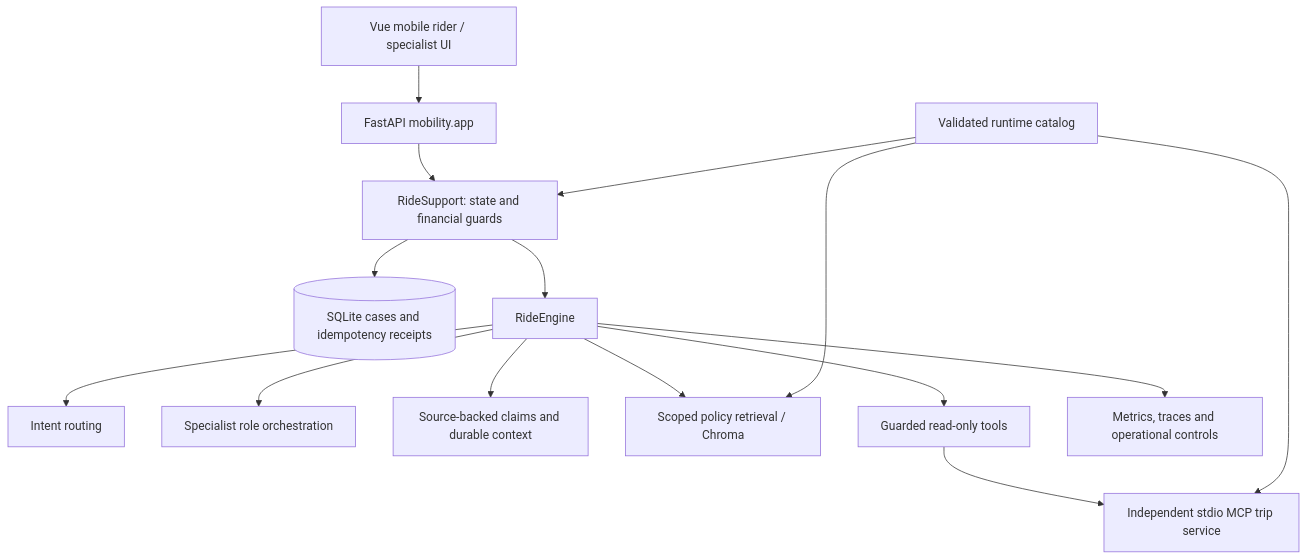
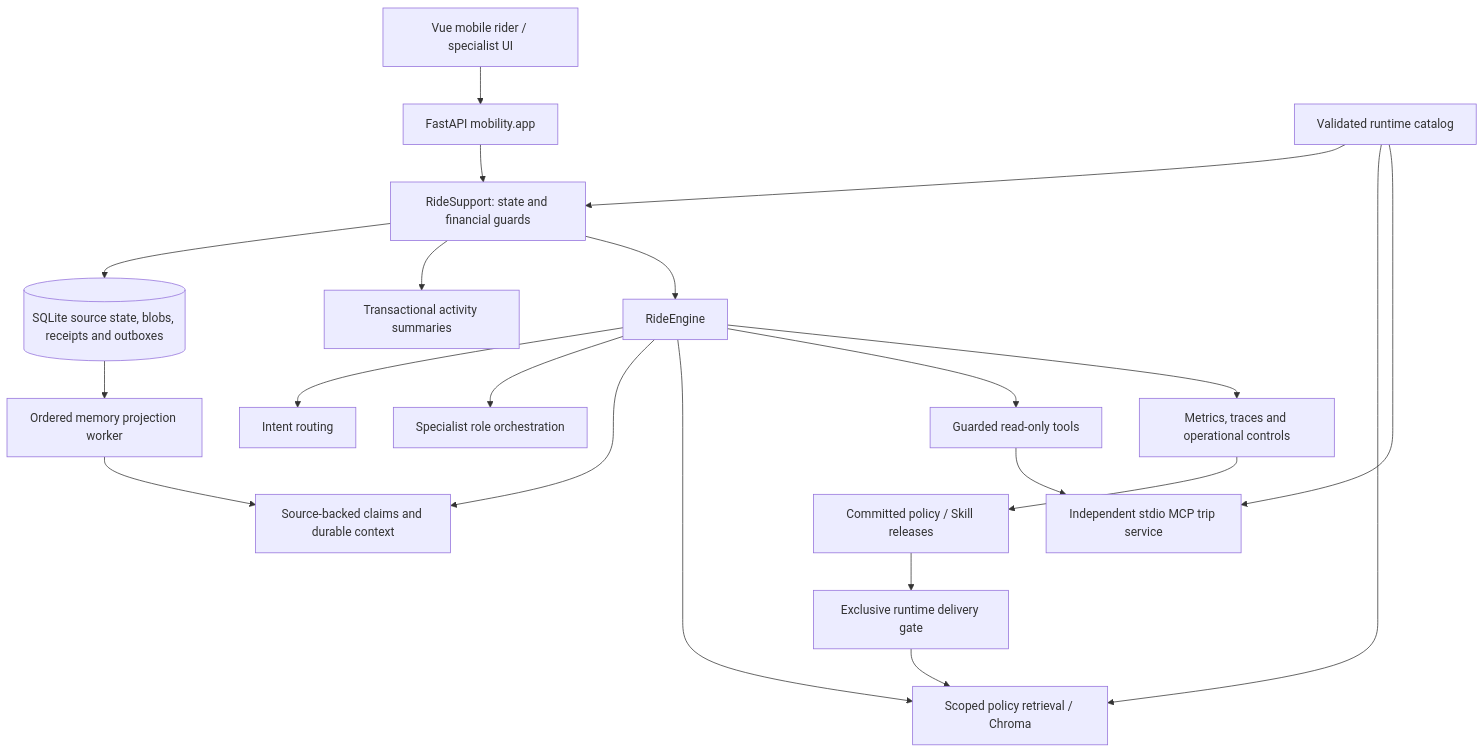
Before and after one commit to lucia-huang7/RideRecall-Agent: the diagram in docs/ARCHITECTURE.md, drawn with Mermaid. The commit also changed other lines of this file and 39 other files, not shown here.

````diff
--- a/docs/ARCHITECTURE.md
+++ b/docs/ARCHITECTURE.md
@@ -5,17 +5,23 @@
 ```mermaid
 flowchart TD
   UI[Vue mobile rider / specialist UI] --> API[FastAPI mobility.app]
   API --> CASE[RideSupport: state and financial guards]
-  CASE --> DB[(SQLite cases and idempotency receipts)]
+  CASE --> DB[(SQLite source state, blobs, receipts and outboxes)]
+  CASE --> INDEX[Transactional activity summaries]
   CASE --> ENGINE[RideEngine]
   ENGINE --> INTENT[Intent routing]
   ENGINE --> ROLES[Specialist role orchestration]
   ENGINE --> MEMORY[Source-backed claims and durable context]
   ENGINE --> RAG[Scoped policy retrieval / Chroma]
   ENGINE --> TOOLS[Guarded read-only tools]
   TOOLS --> MCP[Independent stdio MCP trip service]
   CATALOG[Validated runtime catalog] --> CASE
   CATALOG --> RAG
   CATALOG --> MCP
   ENGINE --> OPS[Metrics, traces and operational controls]
+  DB --> WORKER[Ordered memory projection worker]
+  WORKER --> MEMORY
+  OPS --> CONFIG[Committed policy / Skill releases]
+  CONFIG --> GATE[Exclusive runtime delivery gate]
+  GATE --> RAG
 ```
````
